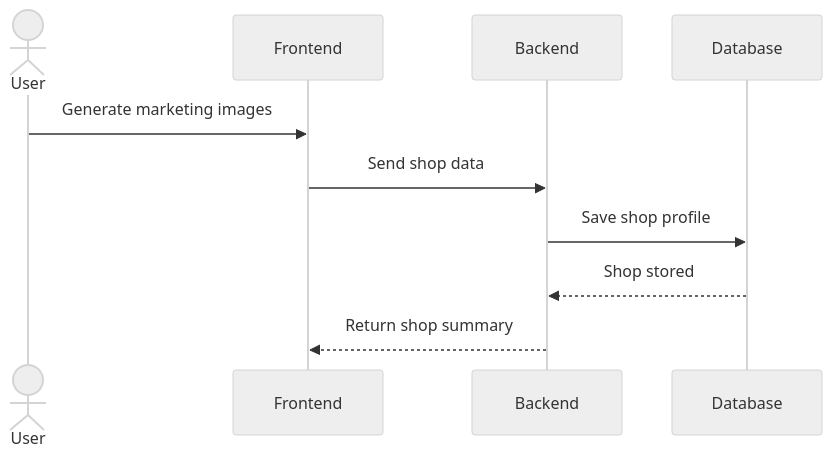
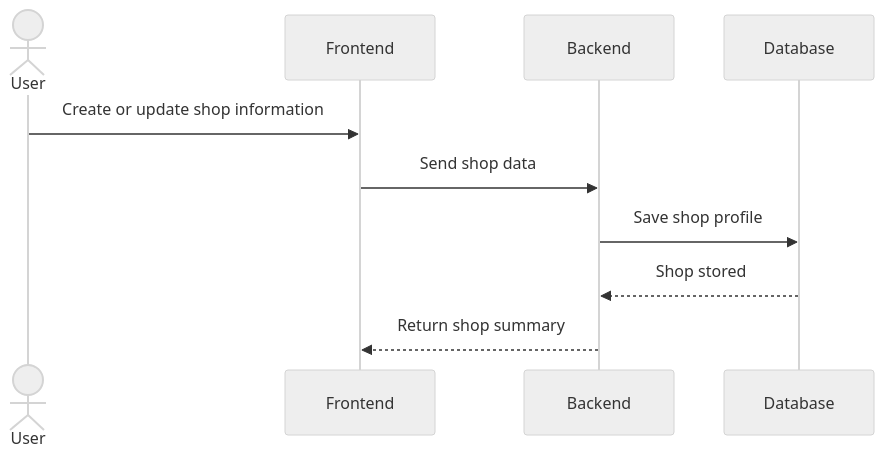
The first of 4 diagrams in READ_CONTEXT/sequenceDiagram.md (medu1122/Captone2), drawn with Mermaid (neutral theme) before and after one commit. The commit also changed other lines of this file, not shown here.

````diff
--- a/READ_CONTEXT/sequenceDiagram.md
+++ b/READ_CONTEXT/sequenceDiagram.md
@@ -2,13 +2,13 @@
 ```mermaid
 sequenceDiagram
     actor User
     participant FE as Frontend
     participant BE as Backend
     participant DB as Database
 
-    User->>FE: Generate marketing images
+    User->>FE: Create or update shop information
     FE->>BE: Send shop data
     BE->>DB: Save shop profile
     DB-->>BE: Shop stored
     BE-->>FE: Return shop summary
 ```
````
